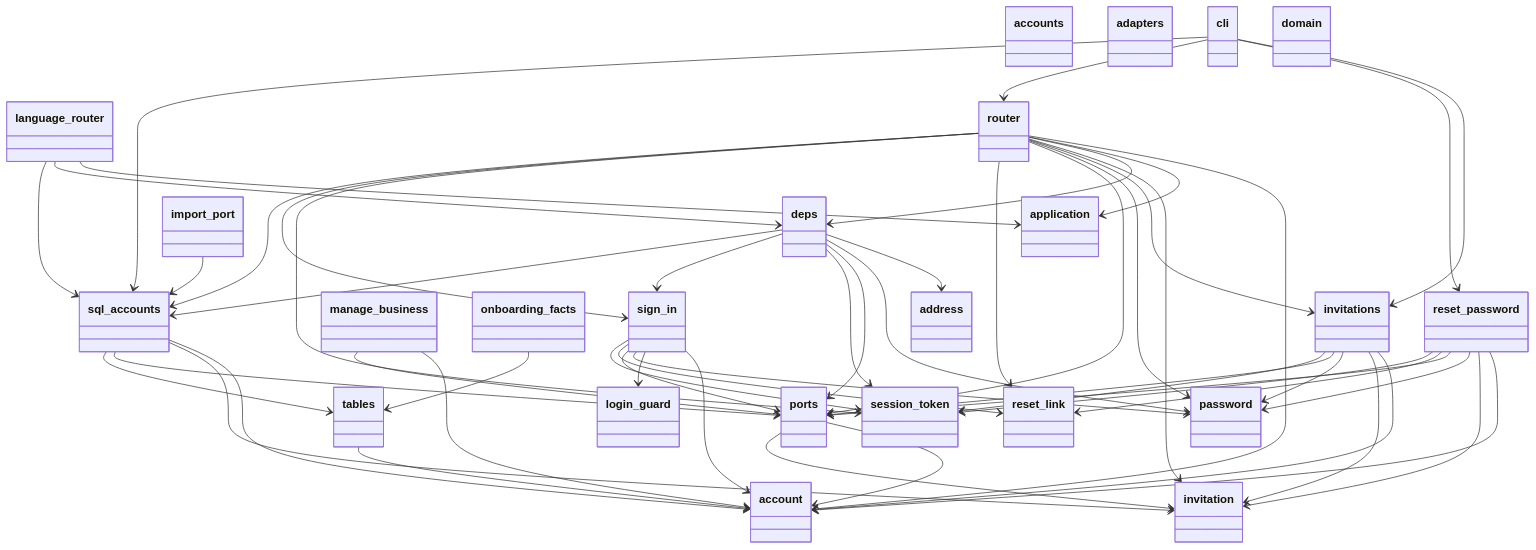
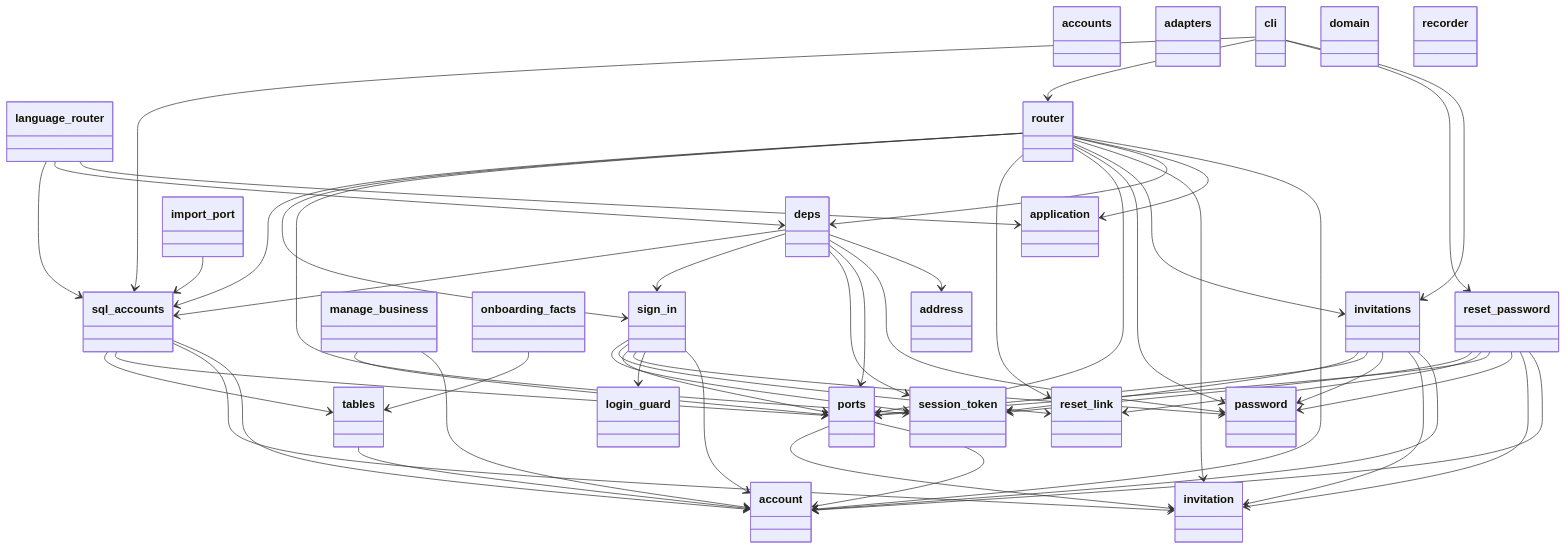
One commit to GonzaloZevallos/apostrophe changed the first of 4 diagrams in docs/architecture/generated/classes/accounts.md. Above: the diagram before and after it, drawn with Mermaid.

Commit message:
chore(docs): regenerate [skip ci]

```diff
--- a/docs/architecture/generated/classes/accounts.md
+++ b/docs/architecture/generated/classes/accounts.md
@@ -39,6 +39,8 @@
   class password {
   }
   class ports {
+  }
+  class recorder {
   }
   class reset_link {
   }
```
